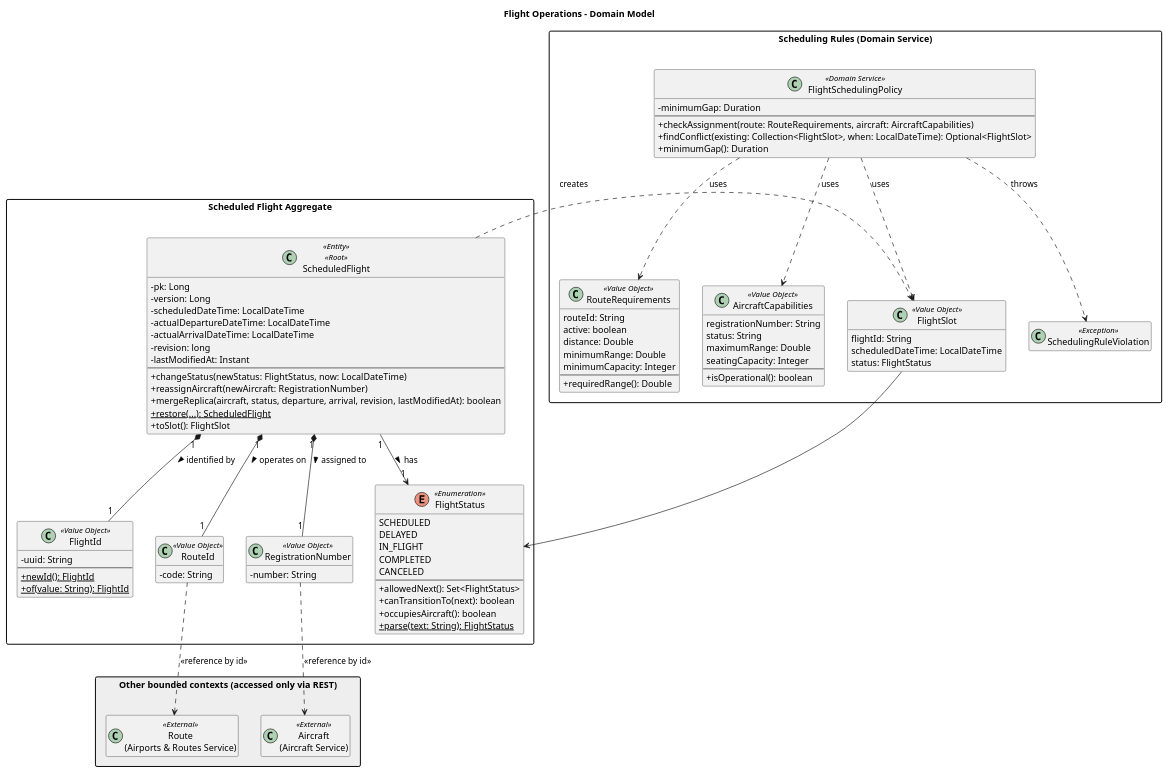
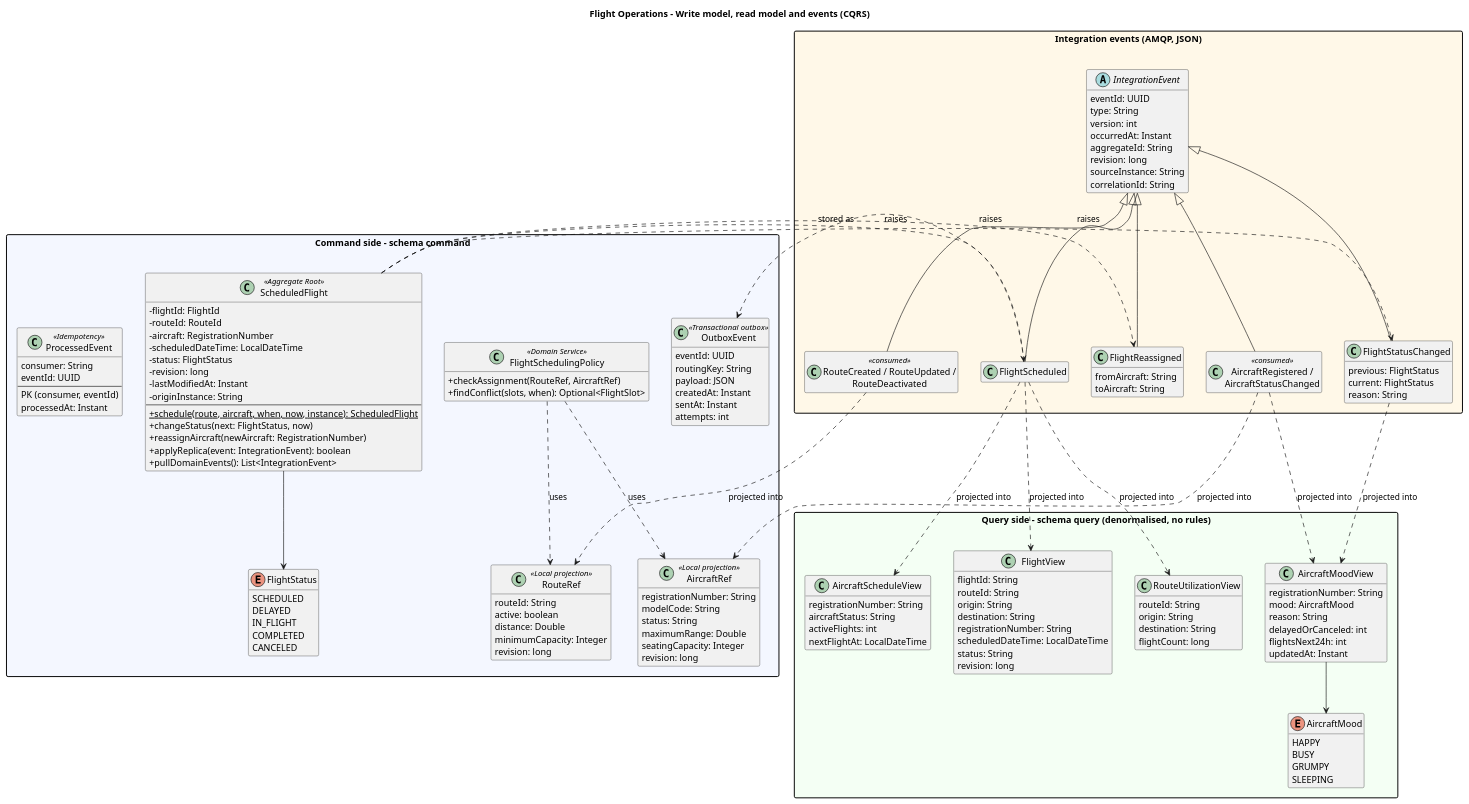
The diagram in Services/Flighting Operations/docs/class-diagram-flight-operations.puml (anamartasilvaa/SIDIG_AI_Safe), drawn with PlantUML before and after one commit. The commit also changed 9 other files, not shown here.

Commit message:
diagramas P2 FO

```diff
--- a/Services/Flighting Operations/docs/class-diagram-flight-operations.puml
+++ b/Services/Flighting Operations/docs/class-diagram-flight-operations.puml
@@ -1,105 +1,153 @@
 @startuml class-diagram-flight-operations
 skinparam classAttributeIconSize 0
 skinparam packageStyle rectangle
 skinparam shadowing false
 hide empty members
-title Flight Operations - Domain Model
+title Flight Operations - Write model, read model and events (CQRS)
 
-package "Scheduled Flight Aggregate" {
-    class ScheduledFlight <<Entity>> <<Root>> {
-        - pk: Long
-        - version: Long
-        - scheduledDateTime: LocalDateTime
-        - actualDepartureDateTime: LocalDateTime
-        - actualArrivalDateTime: LocalDateTime
-        - revision: long
-        - lastModifiedAt: Instant
-        --
-        + changeStatus(newStatus: FlightStatus, now: LocalDateTime)
-        + reassignAircraft(newAircraft: RegistrationNumber)
-        + mergeReplica(aircraft, status, departure, arrival, revision, lastModifiedAt): boolean
-        + {static} restore(...): ScheduledFlight
-        + toSlot(): FlightSlot
-    }
-    class FlightId <<Value Object>> {
-        - uuid: String
-        --
-        + {static} newId(): FlightId
-        + {static} of(value: String): FlightId
-    }
-    class RouteId <<Value Object>> {
-        - code: String
-    }
-    class RegistrationNumber <<Value Object>> {
-        - number: String
-    }
-    enum FlightStatus <<Enumeration>> {
-        SCHEDULED
-        DELAYED
-        IN_FLIGHT
-        COMPLETED
-        CANCELED
-        --
-        + allowedNext(): Set<FlightStatus>
-        + canTransitionTo(next): boolean
-        + occupiesAircraft(): boolean
-        + {static} parse(text: String): FlightStatus
-    }
-
-    ScheduledFlight "1" *-- "1" FlightId : identified by >
-    ScheduledFlight "1" *-- "1" RouteId : operates on >
-    ScheduledFlight "1" *-- "1" RegistrationNumber : assigned to >
-    ScheduledFlight "1" --> "1" FlightStatus : has >
-
-
+package "Command side - schema command" #F4F7FF {
+  class ScheduledFlight <<Aggregate Root>> {
+    - flightId: FlightId
+    - routeId: RouteId
+    - aircraft: RegistrationNumber
+    - scheduledDateTime: LocalDateTime
+    - status: FlightStatus
+    - revision: long
+    - lastModifiedAt: Instant
+    - originInstance: String
+    --
+    + {static} schedule(route, aircraft, when, now, instance): ScheduledFlight
+    + changeStatus(next: FlightStatus, now)
+    + reassignAircraft(newAircraft: RegistrationNumber)
+    + applyReplica(event: IntegrationEvent): boolean
+    + pullDomainEvents(): List<IntegrationEvent>
+  }
+  enum FlightStatus {
+    SCHEDULED
+    DELAYED
+    IN_FLIGHT
+    COMPLETED
+    CANCELED
+  }
+  class FlightSchedulingPolicy <<Domain Service>> {
+    + checkAssignment(RouteRef, AircraftRef)
+    + findConflict(slots, when): Optional<FlightSlot>
+  }
+  class AircraftRef <<Local projection>> {
+    registrationNumber: String
+    modelCode: String
+    status: String
+    maximumRange: Double
+    seatingCapacity: Integer
+    revision: long
+  }
+  class RouteRef <<Local projection>> {
+    routeId: String
+    active: boolean
+    distance: Double
+    minimumCapacity: Integer
+    revision: long
+  }
+  class OutboxEvent <<Transactional outbox>> {
+    eventId: UUID
+    routingKey: String
+    payload: JSON
+    createdAt: Instant
+    sentAt: Instant
+    attempts: int
+  }
+  class ProcessedEvent <<Idempotency>> {
+    consumer: String
+    eventId: UUID
+    --
+    PK (consumer, eventId)
+    processedAt: Instant
+  }
 }
 
-package "Scheduling Rules (Domain Service)" {
-    class FlightSchedulingPolicy <<Domain Service>> {
-        - minimumGap: Duration
-        --
-        + checkAssignment(route: RouteRequirements, aircraft: AircraftCapabilities)
-        + findConflict(existing: Collection<FlightSlot>, when: LocalDateTime): Optional<FlightSlot>
-        + minimumGap(): Duration
-    }
-    class RouteRequirements <<Value Object>> {
-        routeId: String
-        active: boolean
-        distance: Double
-        minimumRange: Double
-        minimumCapacity: Integer
-        --
-        + requiredRange(): Double
-    }
-    class AircraftCapabilities <<Value Object>> {
-        registrationNumber: String
-        status: String
-        maximumRange: Double
-        seatingCapacity: Integer
-        --
-        + isOperational(): boolean
-    }
-    class FlightSlot <<Value Object>> {
-        flightId: String
-        scheduledDateTime: LocalDateTime
-        status: FlightStatus
-    }
-    class SchedulingRuleViolation <<Exception>>
-
-    FlightSchedulingPolicy ..> RouteRequirements : uses
-    FlightSchedulingPolicy ..> AircraftCapabilities : uses
-    FlightSchedulingPolicy ..> FlightSlot : uses
-    FlightSchedulingPolicy ..> SchedulingRuleViolation : throws
+package "Query side - schema query (denormalised, no rules)" #F4FFF4 {
+  class FlightView {
+    flightId: String
+    routeId: String
+    origin: String
+    destination: String
+    registrationNumber: String
+    scheduledDateTime: LocalDateTime
+    status: String
+    revision: long
+  }
+  class RouteUtilizationView {
+    routeId: String
+    origin: String
+    destination: String
+    flightCount: long
+  }
+  class AircraftScheduleView {
+    registrationNumber: String
+    aircraftStatus: String
+    activeFlights: int
+    nextFlightAt: LocalDateTime
+  }
+  class AircraftMoodView {
+    registrationNumber: String
+    mood: AircraftMood
+    reason: String
+    delayedOrCanceled: int
+    flightsNext24h: int
+    updatedAt: Instant
+  }
+  enum AircraftMood {
+    HAPPY
+    BUSY
+    GRUMPY
+    SLEEPING
+  }
 }
 
-package "Other bounded contexts (accessed only via REST)" #EEEEEE {
-    class "Route\n(Airports & Routes Service)" as ExtRoute <<External>>
-    class "Aircraft\n(Aircraft Service)" as ExtAircraft <<External>>
+package "Integration events (AMQP, JSON)" #FFF8E8 {
+  abstract class IntegrationEvent {
+    eventId: UUID
+    type: String
+    version: int
+    occurredAt: Instant
+    aggregateId: String
+    revision: long
+    sourceInstance: String
+    correlationId: String
+  }
+  class FlightScheduled
+  class FlightStatusChanged {
+    previous: FlightStatus
+    current: FlightStatus
+    reason: String
+  }
+  class FlightReassigned {
+    fromAircraft: String
+    toAircraft: String
+  }
+  class "AircraftRegistered /\nAircraftStatusChanged" as AircraftEvents <<consumed>>
+  class "RouteCreated / RouteUpdated /\nRouteDeactivated" as RouteEvents <<consumed>>
 }
 
-RouteId ..> ExtRoute : <<reference by id>>
-RegistrationNumber ..> ExtAircraft : <<reference by id>>
-ScheduledFlight ..> FlightSlot : creates
-FlightSlot --> FlightStatus
+ScheduledFlight --> FlightStatus
+ScheduledFlight ..> FlightScheduled : raises
+ScheduledFlight ..> FlightStatusChanged : raises
+ScheduledFlight ..> FlightReassigned : raises
+FlightSchedulingPolicy ..> AircraftRef : uses
+FlightSchedulingPolicy ..> RouteRef : uses
+IntegrationEvent <|-- FlightScheduled
+IntegrationEvent <|-- FlightStatusChanged
+IntegrationEvent <|-- FlightReassigned
+IntegrationEvent <|-- AircraftEvents
+IntegrationEvent <|-- RouteEvents
+FlightScheduled ..> OutboxEvent : stored as
+AircraftMoodView --> AircraftMood
 
+FlightScheduled ..> FlightView : projected into
+FlightScheduled ..> RouteUtilizationView : projected into
+FlightScheduled ..> AircraftScheduleView : projected into
+FlightStatusChanged ..> AircraftMoodView : projected into
+AircraftEvents ..> AircraftRef : projected into
+AircraftEvents ..> AircraftMoodView : projected into
+RouteEvents ..> RouteRef : projected into
 @enduml
```
